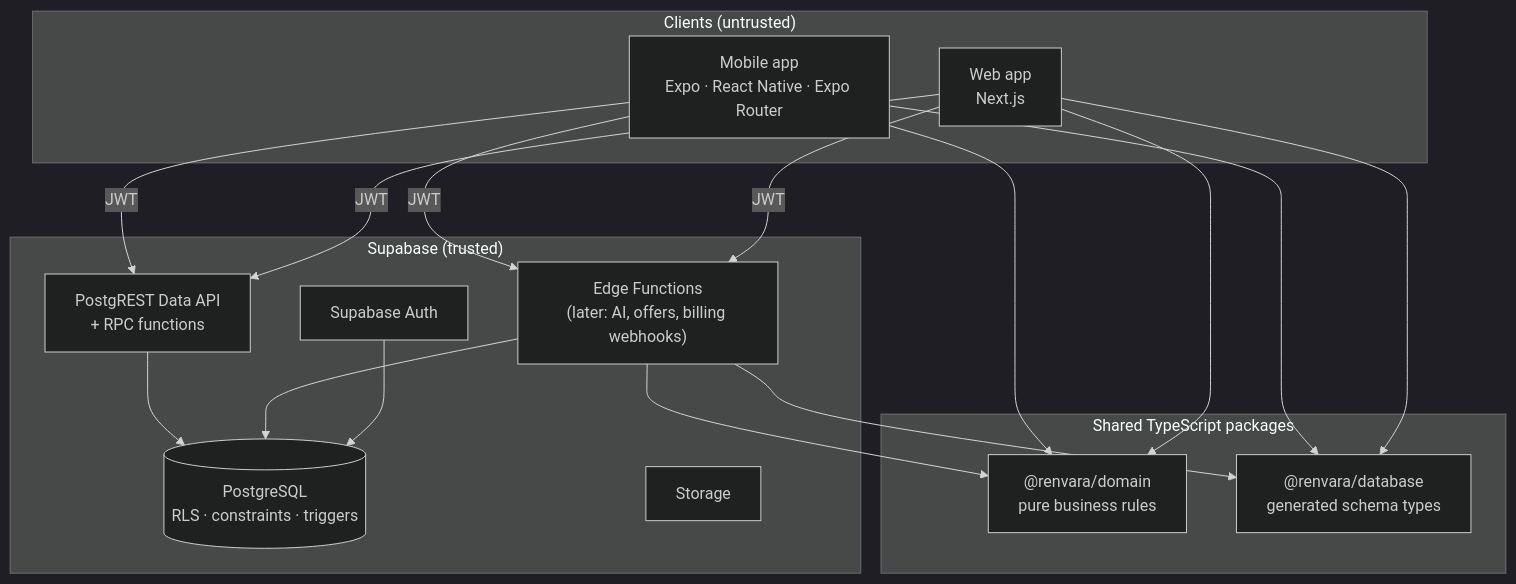
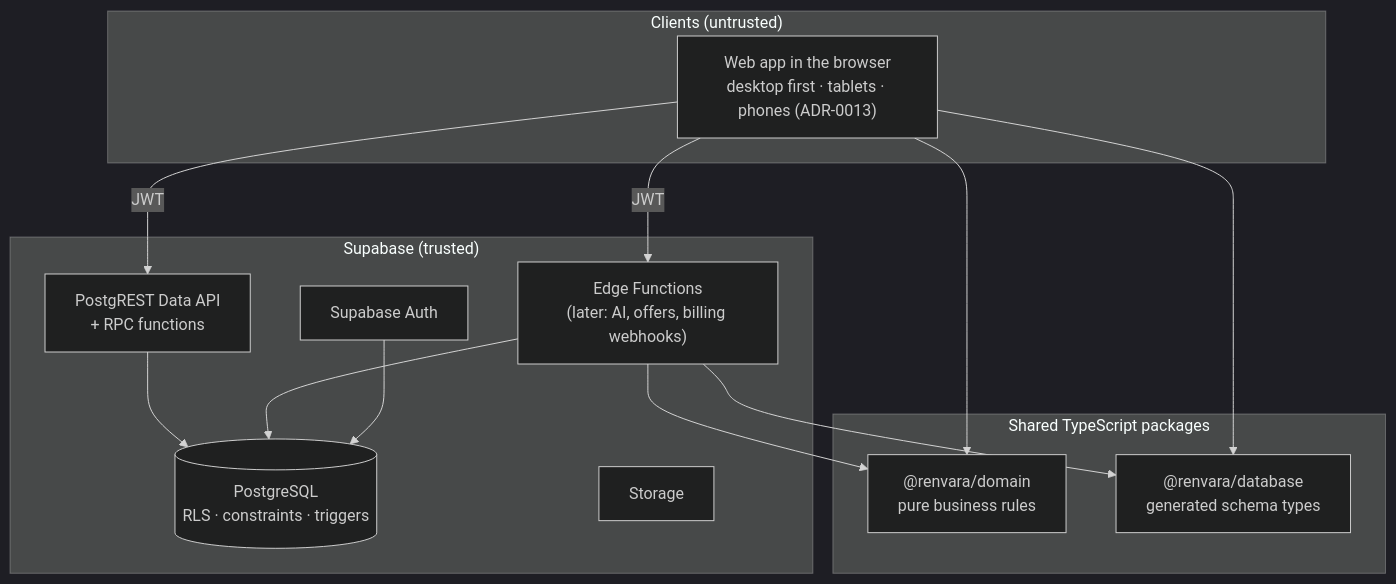
Before and after one commit to fgregov/web-prvi: the diagram in docs/architecture/01-system-overview.md, drawn with Mermaid (dark theme). The commit also changed other lines of this file and 151 other files, not shown here.

First line of the commit message:
Web-first cloud CRM: sidebar navigation, one address per page, no native shells

````diff
--- a/docs/architecture/01-system-overview.md
+++ b/docs/architecture/01-system-overview.md
@@ -5,29 +5,27 @@
 ```mermaid
 flowchart TB
   subgraph Clients["Clients (untrusted)"]
-    M["Mobile app<br/>Expo · React Native · Expo Router"]
-    W["Web app<br/>Next.js"]
+    W["Web app in the browser<br/>desktop first · tablets · phones (ADR-0013)"]
   end
 
   subgraph Shared["Shared TypeScript packages"]
     D["@renvara/domain<br/>pure business rules"]
     T["@renvara/database<br/>generated schema types"]
   end
 
   subgraph Supabase["Supabase (trusted)"]
     API["PostgREST Data API<br/>+ RPC functions"]
     EF["Edge Functions<br/>(later: AI, offers, billing webhooks)"]
     PG[("PostgreSQL<br/>RLS · constraints · triggers")]
     AUTH["Supabase Auth"]
     ST["Storage"]
   end
 
-  M --> D & T
   W --> D & T
   EF --> D & T
-  M & W -->|JWT| API
-  M & W -->|JWT| EF
+  W -->|JWT| API
+  W -->|JWT| EF
   API --> PG
   EF --> PG
   AUTH --> PG
 ```
````
